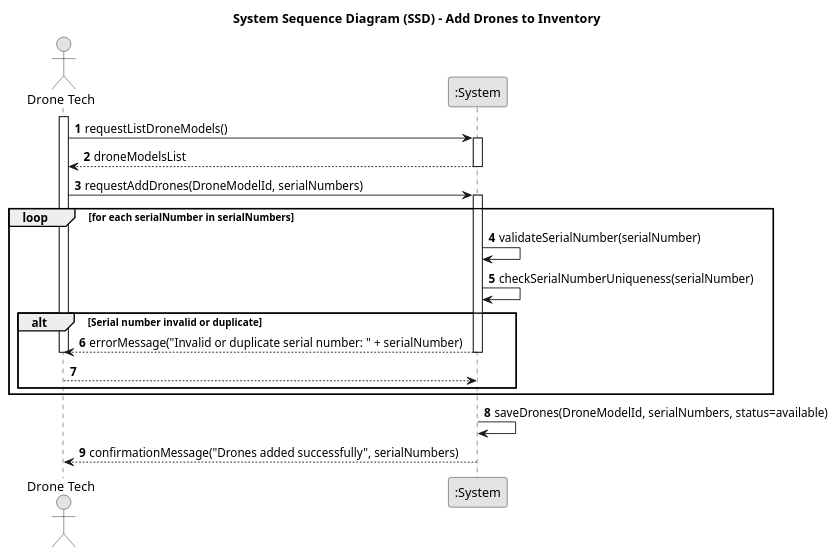
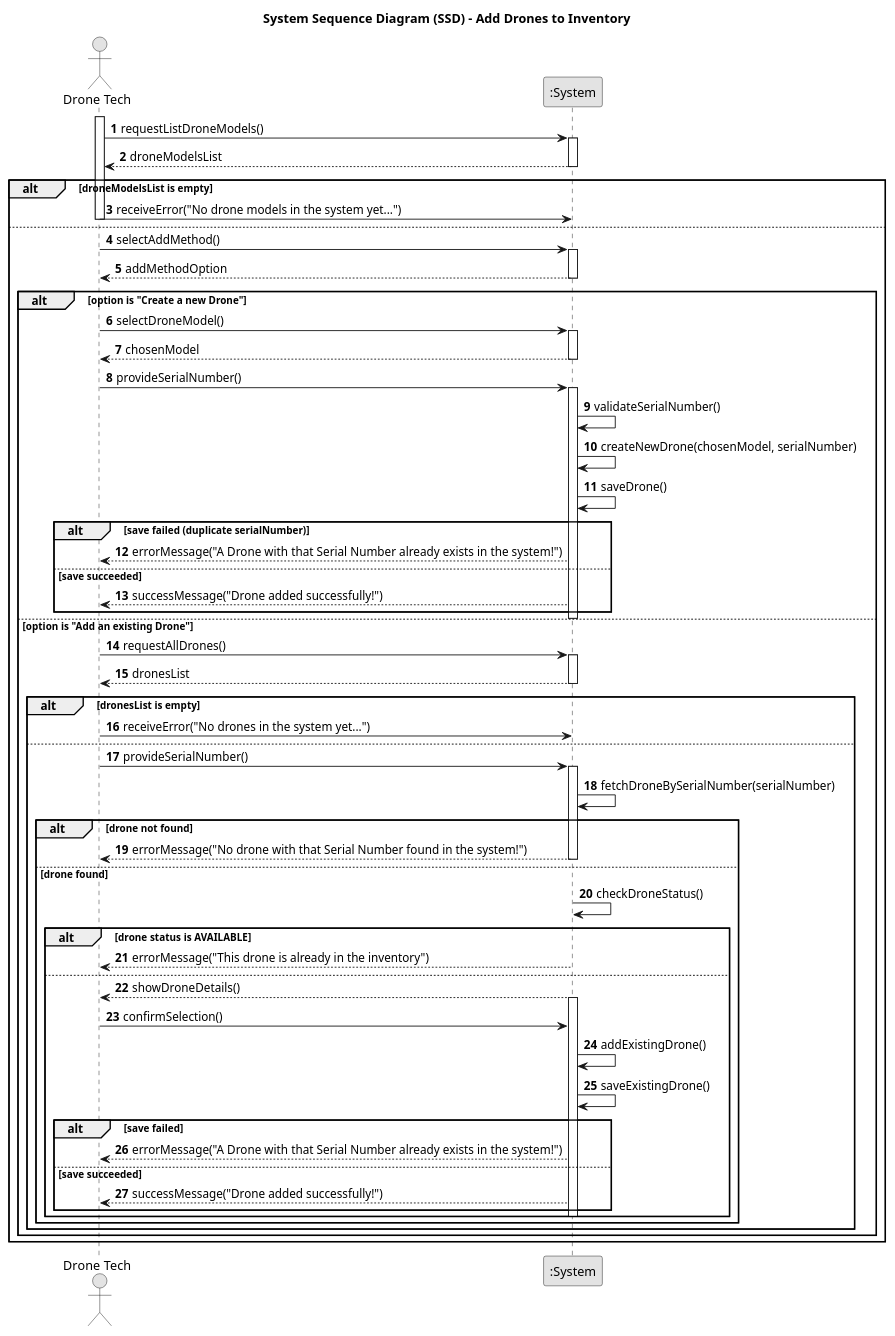
The diagram in docs/planning/sprint2/EAPLI/US241 - Add drone to the inventory/01.requirements-engineering/puml/us241-system-sequence-diagram.puml (SAEmanuel/Shodrone_ISEP), drawn with PlantUML before and after one commit. The commit also changed 2 other files, not shown here.

```diff
--- a/docs/planning/sprint2/EAPLI/US241 - Add drone to the inventory/01.requirements-engineering/puml/us241-system-sequence-diagram.puml
+++ b/docs/planning/sprint2/EAPLI/US241 - Add drone to the inventory/01.requirements-engineering/puml/us241-system-sequence-diagram.puml
@@ -1,40 +1,91 @@
 @startuml
 skinparam monochrome true
 skinparam packageStyle rectangle
 skinparam shadowing false
 
 title System Sequence Diagram (SSD) - Add Drones to Inventory
 
 autonumber
 
 actor "Drone Tech" as DT
 participant ":System" as System
 
 activate DT
 
 DT -> System: requestListDroneModels()
 activate System
 System --> DT: droneModelsList
 deactivate System
 
-DT -> System: requestAddDrones(DroneModelId, serialNumbers)
-activate System
+alt droneModelsList is empty
+    DT -> System: receiveError("No drone models in the system yet...")
+    deactivate System
+    deactivate DT
+else
+    DT -> System: selectAddMethod()
+    activate System
+    System --> DT: addMethodOption
+    deactivate System
 
-loop for each serialNumber in serialNumbers
-    System -> System: validateSerialNumber(serialNumber)
-    System -> System: checkSerialNumberUniqueness(serialNumber)
-    alt Serial number invalid or duplicate
-        System --> DT: errorMessage("Invalid or duplicate serial number: " + serialNumber)
+    alt option is "Create a new Drone"
+        DT -> System: selectDroneModel()
+        activate System
+        System --> DT: chosenModel
         deactivate System
-        deactivate DT
-        return
+
+        DT -> System: provideSerialNumber()
+        activate System
+        System -> System: validateSerialNumber()
+        System -> System: createNewDrone(chosenModel, serialNumber)
+        System -> System: saveDrone()
+        alt save failed (duplicate serialNumber)
+            System --> DT: errorMessage("A Drone with that Serial Number already exists in the system!")
+        else save succeeded
+            System --> DT: successMessage("Drone added successfully!")
+        end
+        deactivate System
+
+    else option is "Add an existing Drone"
+        DT -> System: requestAllDrones()
+        activate System
+        System --> DT: dronesList
+        deactivate System
+
+        alt dronesList is empty
+            DT -> System: receiveError("No drones in the system yet...")
+            deactivate System
+            deactivate DT
+        else
+            DT -> System: provideSerialNumber()
+            activate System
+            System -> System: fetchDroneBySerialNumber(serialNumber)
+            alt drone not found
+                System --> DT: errorMessage("No drone with that Serial Number found in the system!")
+                deactivate System
+            else drone found
+                System -> System: checkDroneStatus()
+                alt drone status is AVAILABLE
+                    System --> DT: errorMessage("This drone is already in the inventory")
+                    deactivate System
+                else
+                    System --> DT: showDroneDetails()
+                    activate System
+                    DT -> System: confirmSelection()
+                    System -> System: addExistingDrone()
+                    System -> System: saveExistingDrone()
+                    alt save failed
+                        System --> DT: errorMessage("A Drone with that Serial Number already exists in the system!")
+                    else save succeeded
+                        System --> DT: successMessage("Drone added successfully!")
+                    end
+                    deactivate System
+                end
+            end
+            deactivate System
+        end
     end
 end
 
-System -> System: saveDrones(DroneModelId, serialNumbers, status=available)
-System --> DT: confirmationMessage("Drones added successfully", serialNumbers)
-
-deactivate System
 deactivate DT
 
 @enduml
```
